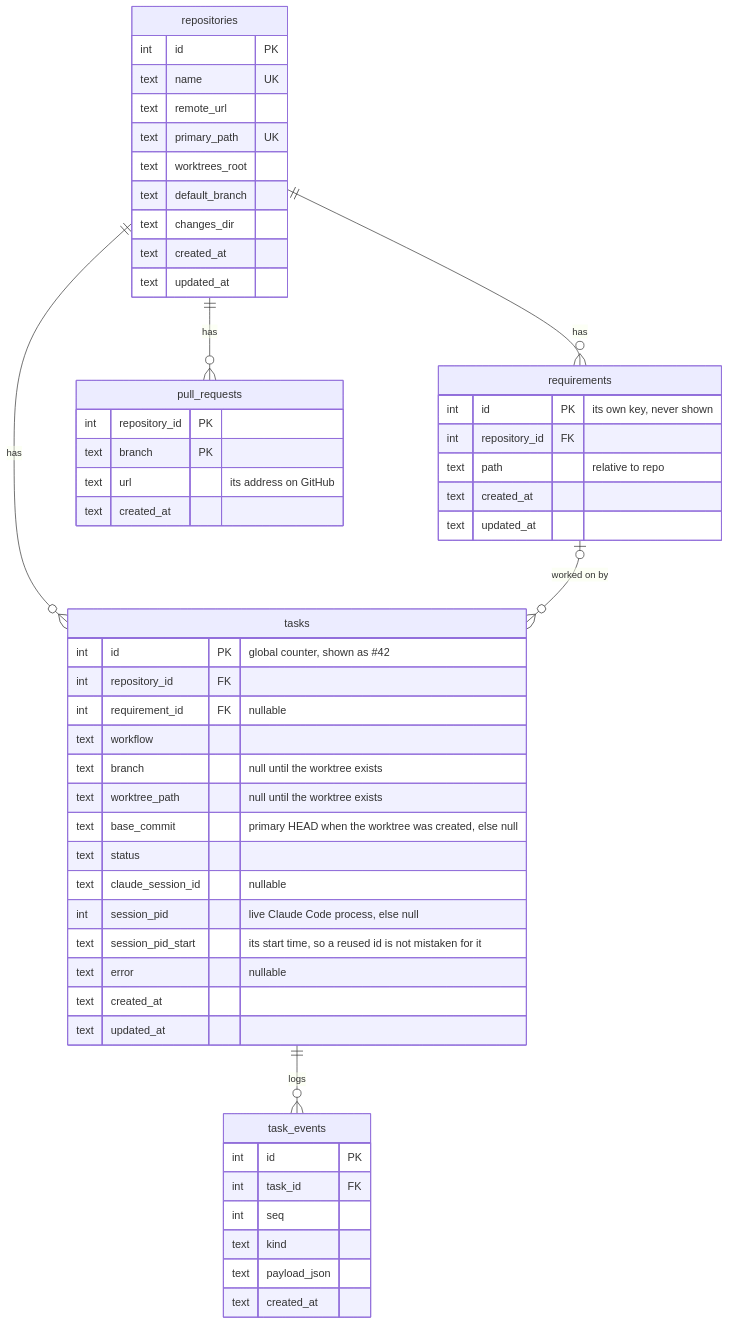
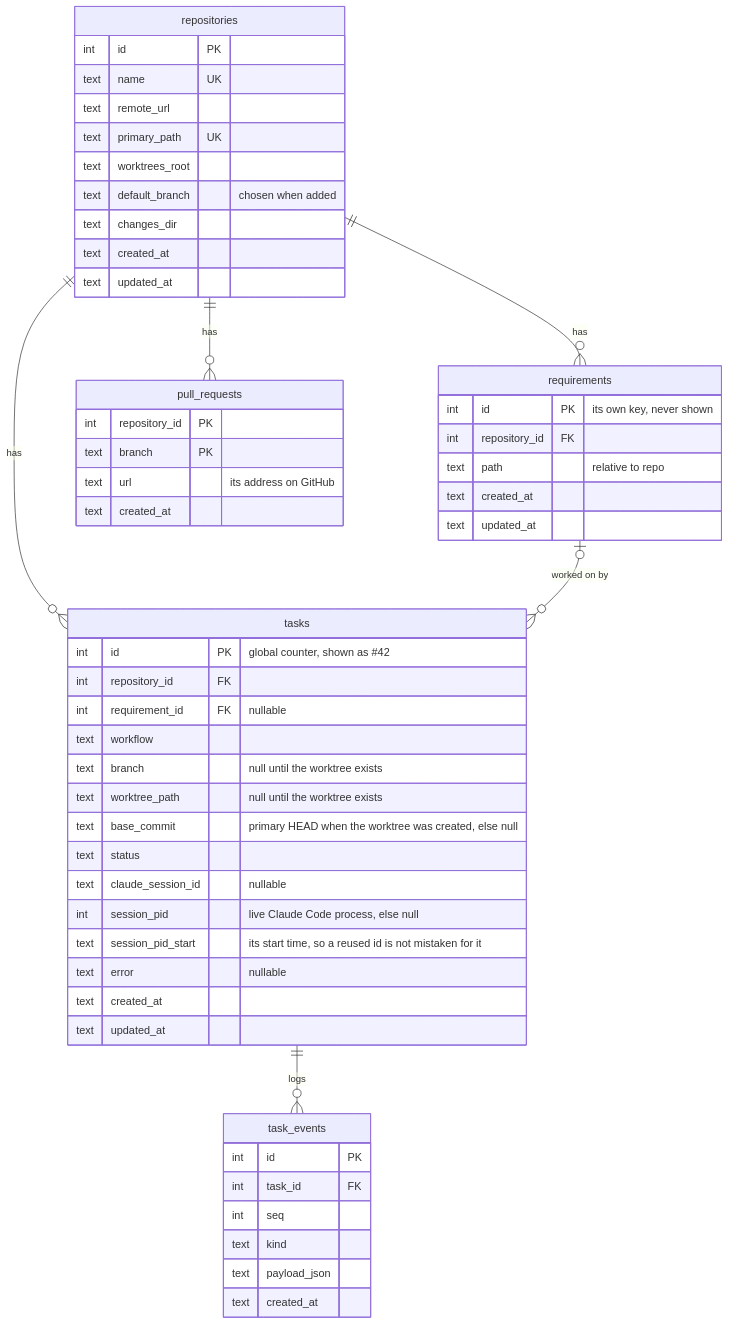
One commit to eliveikis/repocop changed the second of 5 diagrams in specs/architecture.md. Above: the diagram before and after it, drawn with Mermaid. The commit also changed other lines of this file and 29 other files, not shown here.

````diff
--- a/specs/architecture.md
+++ b/specs/architecture.md
@@ -75,57 +75,57 @@
 ```mermaid
 erDiagram
     repositories ||--o{ requirements : has
     repositories ||--o{ tasks : has
     requirements |o--o{ tasks : "worked on by"
     tasks ||--o{ task_events : logs
     repositories ||--o{ pull_requests : has
 
     repositories {
         int id PK
         text name UK
         text remote_url
         text primary_path UK
         text worktrees_root
-        text default_branch
+        text default_branch "chosen when added"
         text changes_dir
         text created_at
         text updated_at
     }
     requirements {
         int id PK "its own key, never shown"
         int repository_id FK
         text path "relative to repo"
         text created_at
         text updated_at
     }
     tasks {
         int id PK "global counter, shown as #42"
         int repository_id FK
         int requirement_id FK "nullable"
         text workflow
         text branch "null until the worktree exists"
         text worktree_path "null until the worktree exists"
         text base_commit "primary HEAD when the worktree was created, else null"
         text status
         text claude_session_id "nullable"
         int session_pid "live Claude Code process, else null"
         text session_pid_start "its start time, so a reused id is not mistaken for it"
         text error "nullable"
         text created_at
         text updated_at
     }
     task_events {
         int id PK
         int task_id FK
         int seq
         text kind
         text payload_json
         text created_at
     }
     pull_requests {
         int repository_id PK
         text branch PK
         text url "its address on GitHub"
         text created_at
     }
 ```
````
